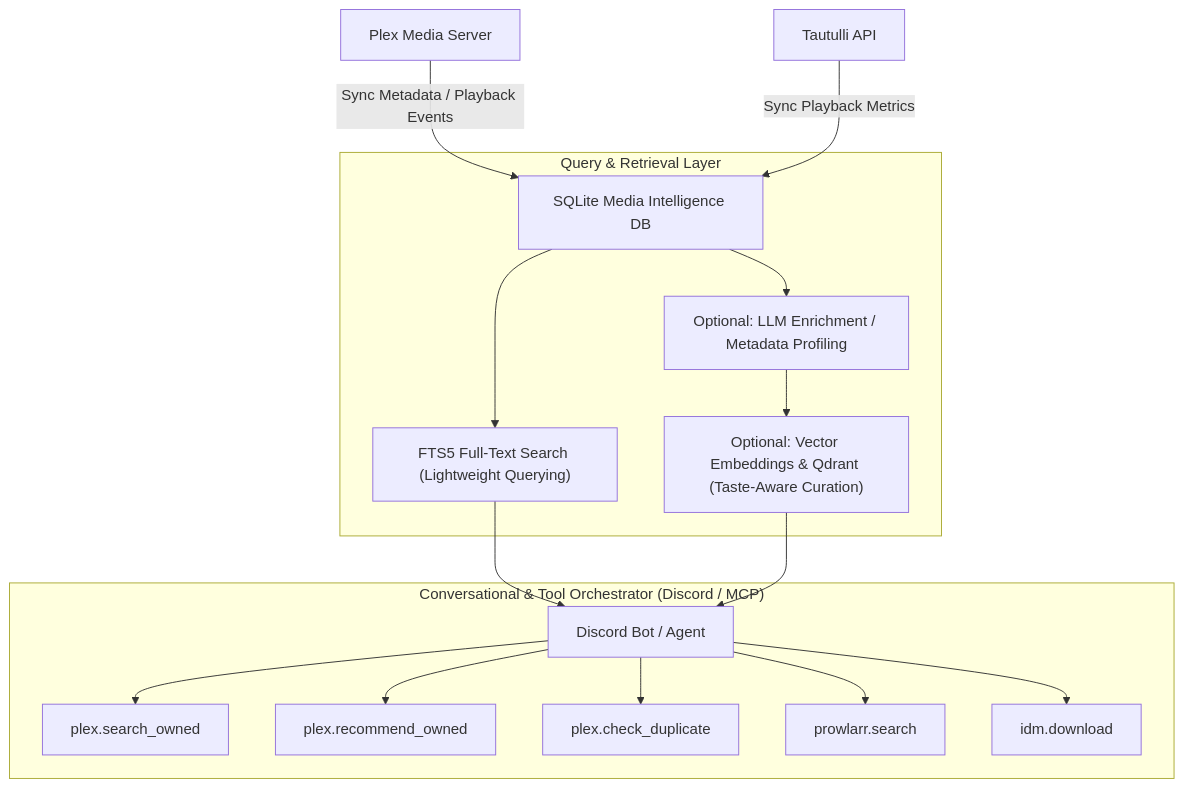
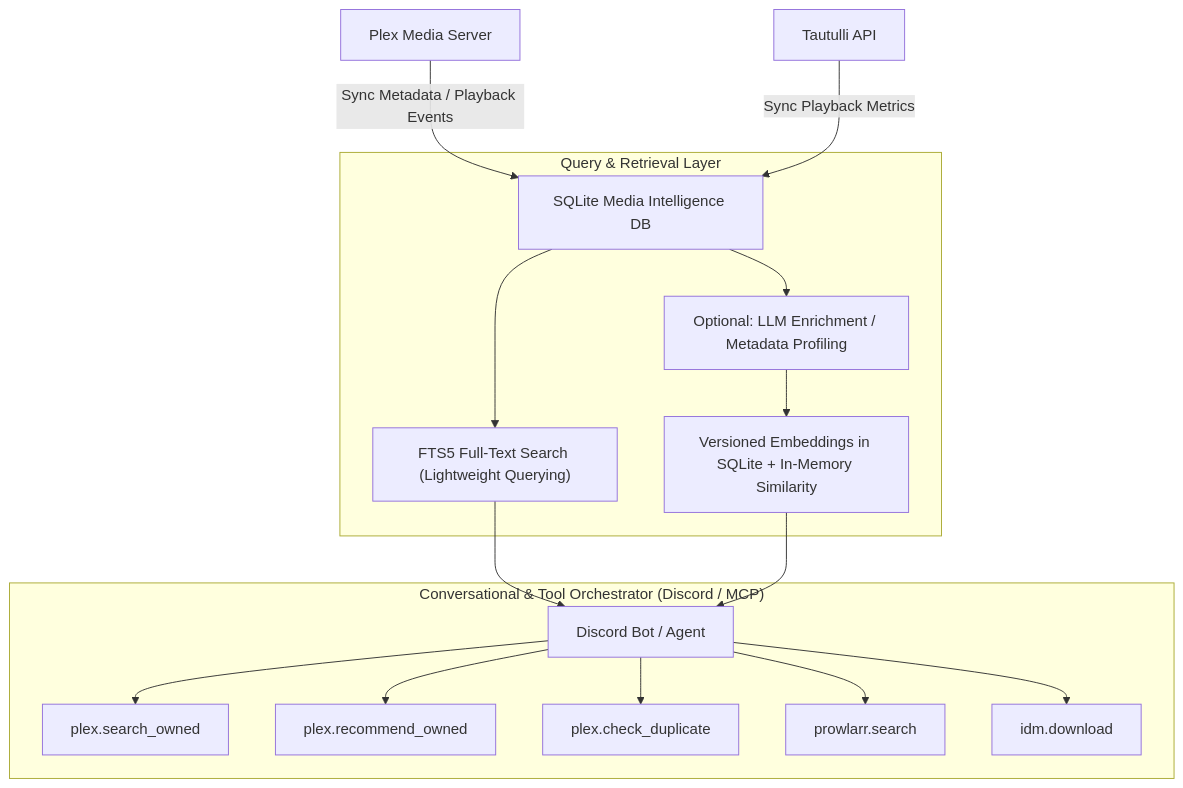
The diagram in docs/decisions/media-intelligence-layer.md (nanobot001/media-bot), drawn with Mermaid before and after one commit. The commit also changed other lines of this file and 20 other files, not shown here.

````diff
--- a/docs/decisions/media-intelligence-layer.md
+++ b/docs/decisions/media-intelligence-layer.md
@@ -25,22 +25,22 @@
 ```mermaid
 graph TD
     A["Plex Media Server"] -- "Sync Metadata / Playback Events" --> B["SQLite Media Intelligence DB"]
     C["Tautulli API"] -- "Sync Playback Metrics" --> B
     
     subgraph "Query & Retrieval Layer"
         B --> D["FTS5 Full-Text Search (Lightweight Querying)"]
         B --> E["Optional: LLM Enrichment / Metadata Profiling"]
-        E --> F["Optional: Vector Embeddings & Qdrant (Taste-Aware Curation)"]
+        E --> F["Versioned Embeddings in SQLite + In-Memory Similarity"]
     end
     
     subgraph "Conversational & Tool Orchestrator (Discord / MCP)"
         G["Discord Bot / Agent"] --> H["plex.search_owned"]
         G --> I["plex.recommend_owned"]
         G --> J["plex.check_duplicate"]
         G --> K["prowlarr.search"]
         G --> L["idm.download"]
     end
     
     D --> G
     F --> G
 ```
````
